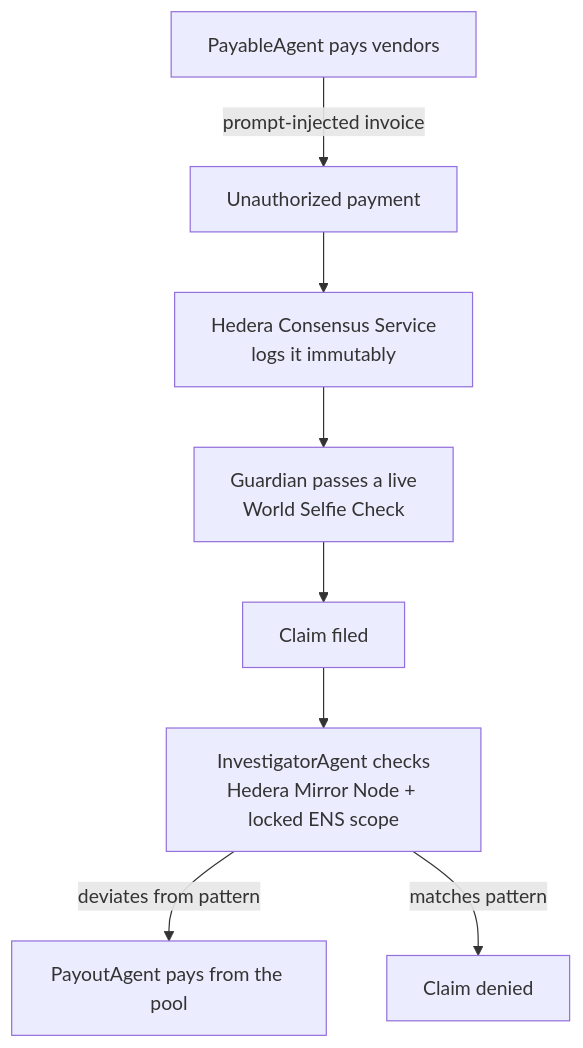
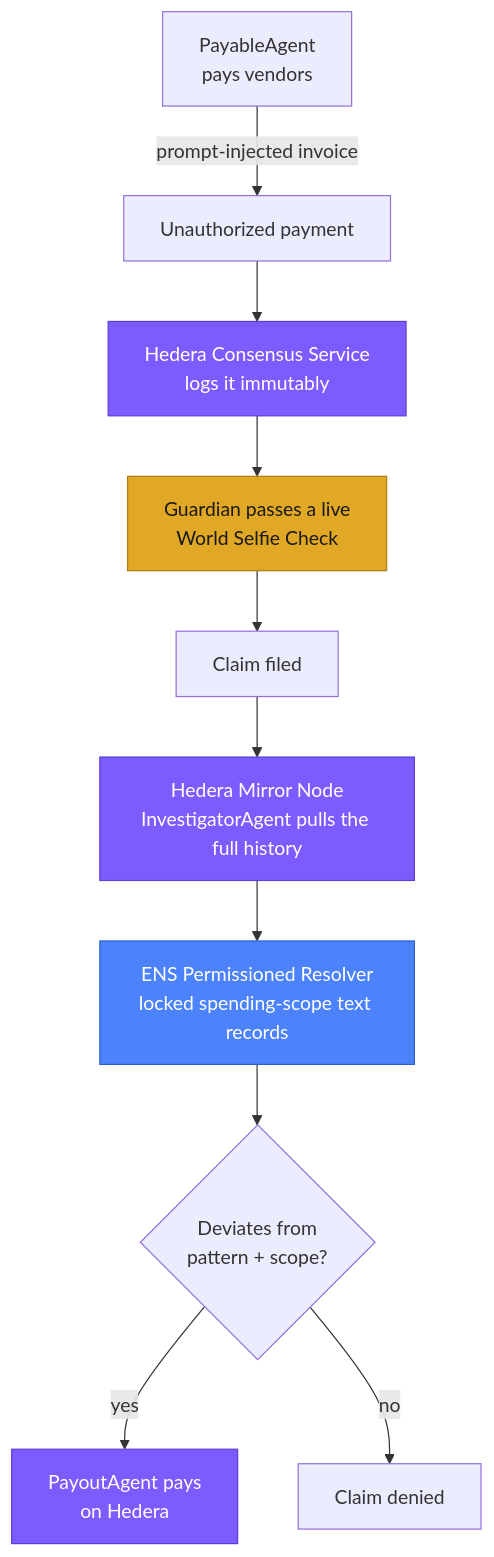
Before and after one commit to jianruan-io/agent-insure: the third of 4 diagrams in README.md, drawn with Mermaid. The commit also changed other lines of this file, not shown here.

First line of the commit message:
Color-code sponsor tech (Hedera/ENS/World) across all three architecture diagrams

````diff
--- a/README.md
+++ b/README.md
@@ -149,10 +155,16 @@
 ```mermaid
 flowchart TD
-    PA["PayableAgent pays vendors"] -->|"prompt-injected invoice"| BAD["Unauthorized payment"]
-    BAD --> LOG["Hedera Consensus Service<br/>logs it immutably"]
-    LOG --> G["Guardian passes a live<br/>World Selfie Check"]
-    G --> CLAIM["Claim filed"]
-    CLAIM --> INV["InvestigatorAgent checks<br/>Hedera Mirror Node + locked ENS scope"]
-    INV -->|"deviates from pattern"| PAY["PayoutAgent pays from the pool"]
-    INV -->|"matches pattern"| DENY["Claim denied"]
+    PA["PayableAgent<br/>pays vendors"] -->|"prompt-injected invoice"| BAD["Unauthorized payment"]
+    BAD --> HCS["Hedera Consensus Service<br/>logs it immutably"]:::hedera
+    HCS --> SELFIE["Guardian passes a live<br/>World Selfie Check"]:::world
+    SELFIE --> CLAIM["Claim filed"]
+    CLAIM --> MIRROR["Hedera Mirror Node<br/>InvestigatorAgent pulls the full history"]:::hedera
+    MIRROR --> SCOPE["ENS Permissioned Resolver<br/>locked spending-scope text records"]:::ens
+    SCOPE --> VERDICT{"Deviates from<br/>pattern + scope?"}
+    VERDICT -->|"yes"| PAY["PayoutAgent pays<br/>on Hedera"]:::hedera
+    VERDICT -->|"no"| DENY["Claim denied"]
+
+    classDef hedera fill:#7c5cff,color:#fff,stroke:#5a3fd6,stroke-width:1px
+    classDef ens fill:#4c82fb,color:#fff,stroke:#2f5fd1,stroke-width:1px
+    classDef world fill:#e0a825,color:#1a1a1a,stroke:#a97d13,stroke-width:1px
 ```
````
